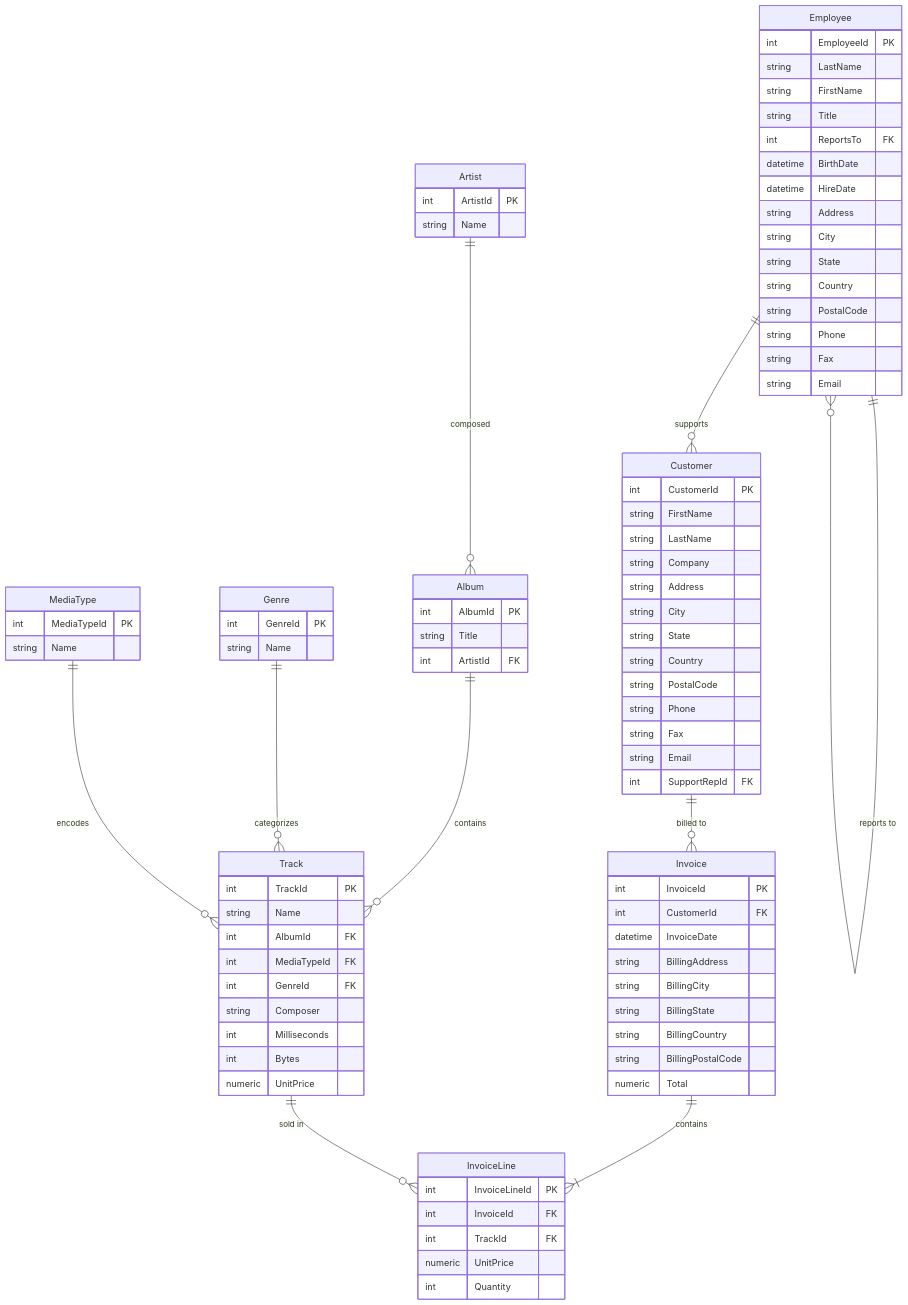
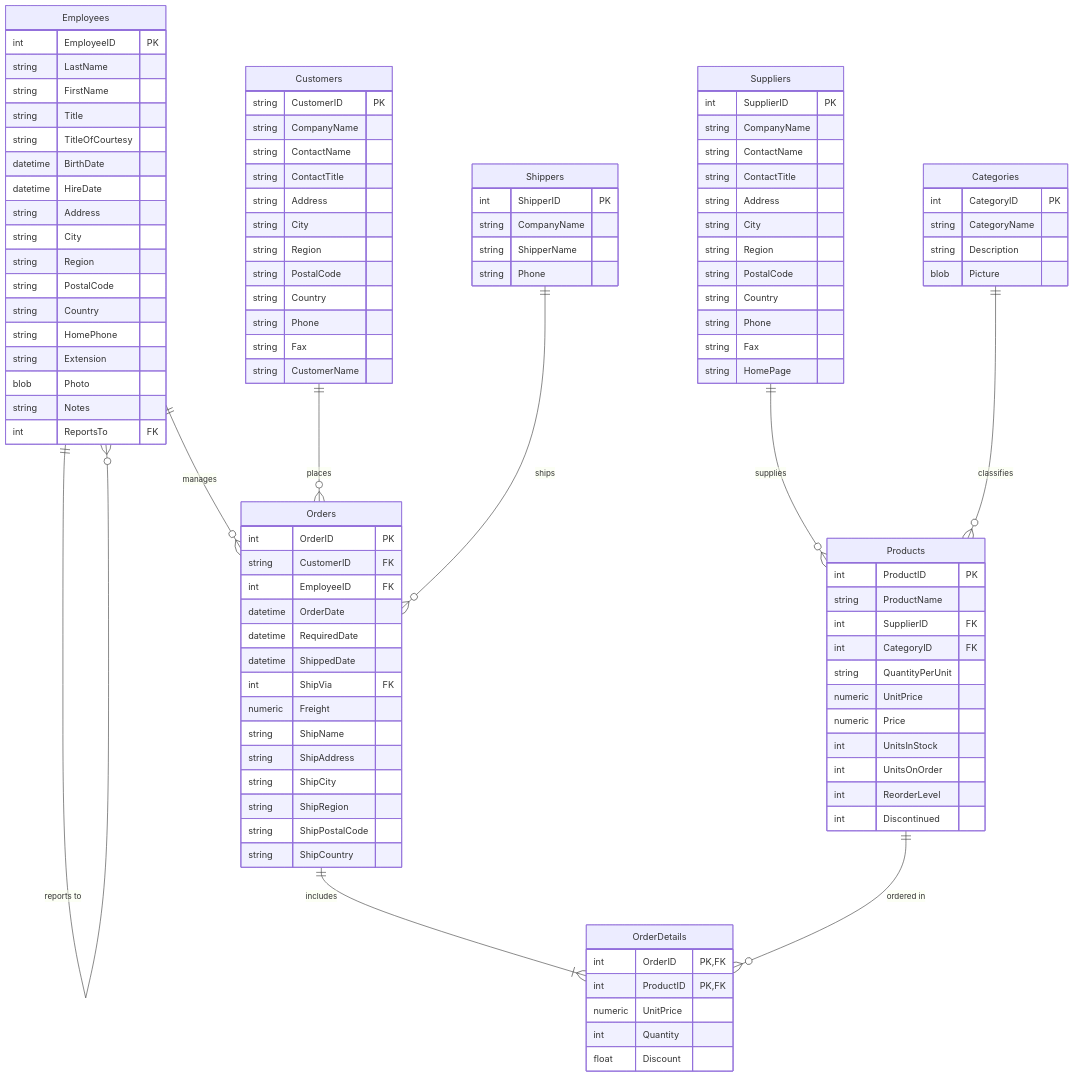
Before and after one commit to harshrameshnerkar/Agentic-AI: the diagram in unified_business_assistant/data_service/docs/SCHEMA.md, drawn with Mermaid. The commit also changed other lines of this file and 243 other files, not shown here.

````diff
--- a/unified_business_assistant/data_service/docs/SCHEMA.md
+++ b/unified_business_assistant/data_service/docs/SCHEMA.md
@@ -12,99 +12,114 @@
 ```mermaid
 erDiagram
-    Employee ||--o{ Employee : "reports to"
-    Employee ||--o{ Customer : "supports"
-    Customer ||--o{ Invoice : "billed to"
-    Invoice ||--|{ InvoiceLine : "contains"
-    Track ||--o{ InvoiceLine : "sold in"
-    Album ||--o{ Track : "contains"
-    Artist ||--o{ Album : "composed"
-    Genre ||--o{ Track : "categorizes"
-    MediaType ||--o{ Track : "encodes"
+    Employees ||--o{ Employees : "reports to"
+    Employees ||--o{ Orders : "manages"
+    Customers ||--o{ Orders : "places"
+    Shippers ||--o{ Orders : "ships"
+    Orders ||--|{ OrderDetails : "includes"
+    Products ||--o{ OrderDetails : "ordered in"
+    Suppliers ||--o{ Products : "supplies"
+    Categories ||--o{ Products : "classifies"
 
-    Customer {
-        int CustomerId PK
-        string FirstName
-        string LastName
-        string Company
+    Customers {
+        string CustomerID PK
+        string CompanyName
+        string ContactName
+        string ContactTitle
         string Address
         string City
-        string State
+        string Region
+        string PostalCode
         string Country
-        string PostalCode
         string Phone
         string Fax
-        string Email
-        int SupportRepId FK
+        string CustomerName
     }
 
-    Invoice {
-        int InvoiceId PK
-        int CustomerId FK
-        datetime InvoiceDate
-        string BillingAddress
-        string BillingCity
-        string BillingState
-        string BillingCountry
-        string BillingPostalCode
-        numeric Total
+    Orders {
+        int OrderID PK
+        string CustomerID FK
+        int EmployeeID FK
+        datetime OrderDate
+        datetime RequiredDate
+        datetime ShippedDate
+        int ShipVia FK
+        numeric Freight
+        string ShipName
+        string ShipAddress
+        string ShipCity
+        string ShipRegion
+        string ShipPostalCode
+        string ShipCountry
     }
 
-    InvoiceLine {
-        int InvoiceLineId PK
-        int InvoiceId FK
-        int TrackId FK
+    OrderDetails {
+        int OrderID PK,FK
+        int ProductID PK,FK
         numeric UnitPrice
         int Quantity
+        float Discount
     }
 
-    Employee {
-        int EmployeeId PK
+    Products {
+        int ProductID PK
+        string ProductName
+        int SupplierID FK
+        int CategoryID FK
+        string QuantityPerUnit
+        numeric UnitPrice
+        numeric Price
+        int UnitsInStock
+        int UnitsOnOrder
+        int ReorderLevel
+        int Discontinued
+    }
+
+    Suppliers {
+        int SupplierID PK
+        string CompanyName
+        string ContactName
+        string ContactTitle
+        string Address
+        string City
+        string Region
+        string PostalCode
+        string Country
+        string Phone
+        string Fax
+        string HomePage
+    }
+
+    Categories {
+        int CategoryID PK
+        string CategoryName
+        string Description
+        blob Picture
+    }
+
+    Employees {
+        int EmployeeID PK
         string LastName
         string FirstName
         string Title
-        int ReportsTo FK
+        string TitleOfCourtesy
         datetime BirthDate
         datetime HireDate
         string Address
         string City
-        string State
+        string Region
+        string PostalCode
         string Country
-        string PostalCode
-        string Phone
-        string Fax
-        string Email
+        string HomePhone
+        string Extension
+        blob Photo
+        string Notes
+        int ReportsTo FK
     }
 
-    Track {
-        int TrackId PK
-        string Name
-        int AlbumId FK
-        int MediaTypeId FK
-        int GenreId FK
-        string Composer
-        int Milliseconds
-        int Bytes
-        numeric UnitPrice
-    }
-
-    Album {
-        int AlbumId PK
-        string Title
-        int ArtistId FK
-    }
-
-    Artist {
-        int ArtistId PK
-        string Name
-    }
-
-    Genre {
-        int GenreId PK
-        string Name
-    }
-
-    MediaType {
-        int MediaTypeId PK
-        string Name
+    Shippers {
+        int ShipperID PK
+        string CompanyName
+        string ShipperName
+        string Phone
     }
 ```
````
